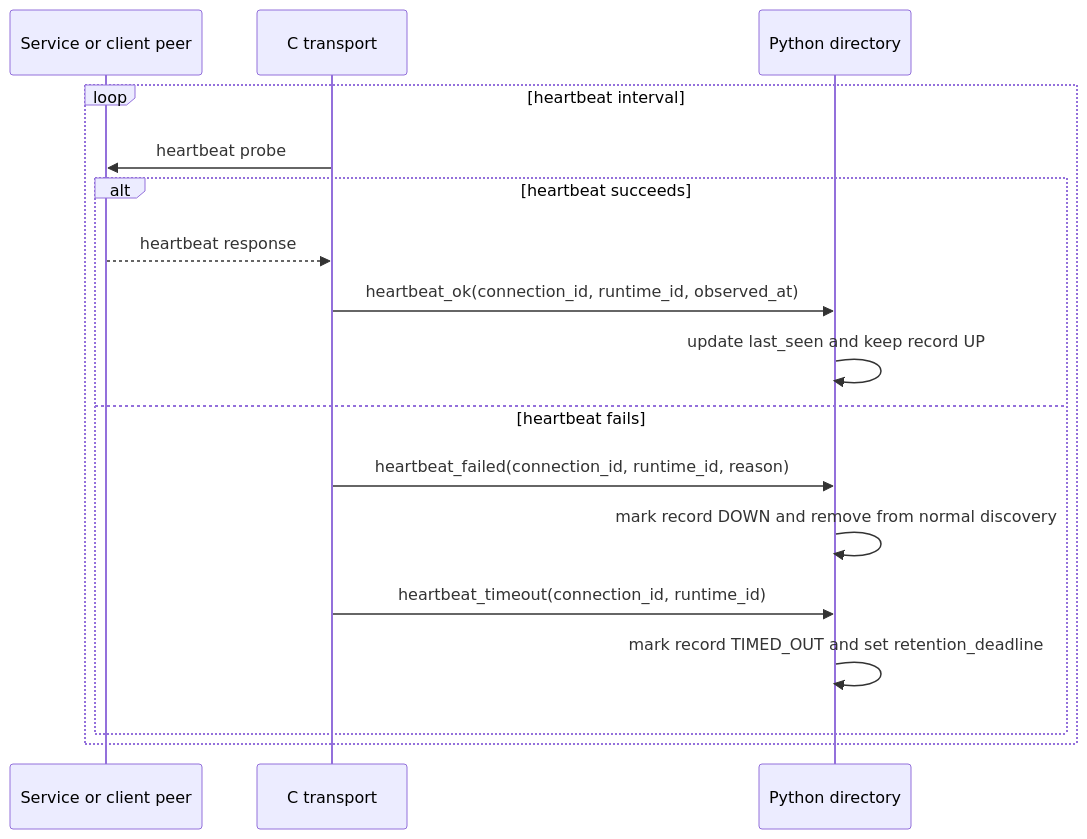
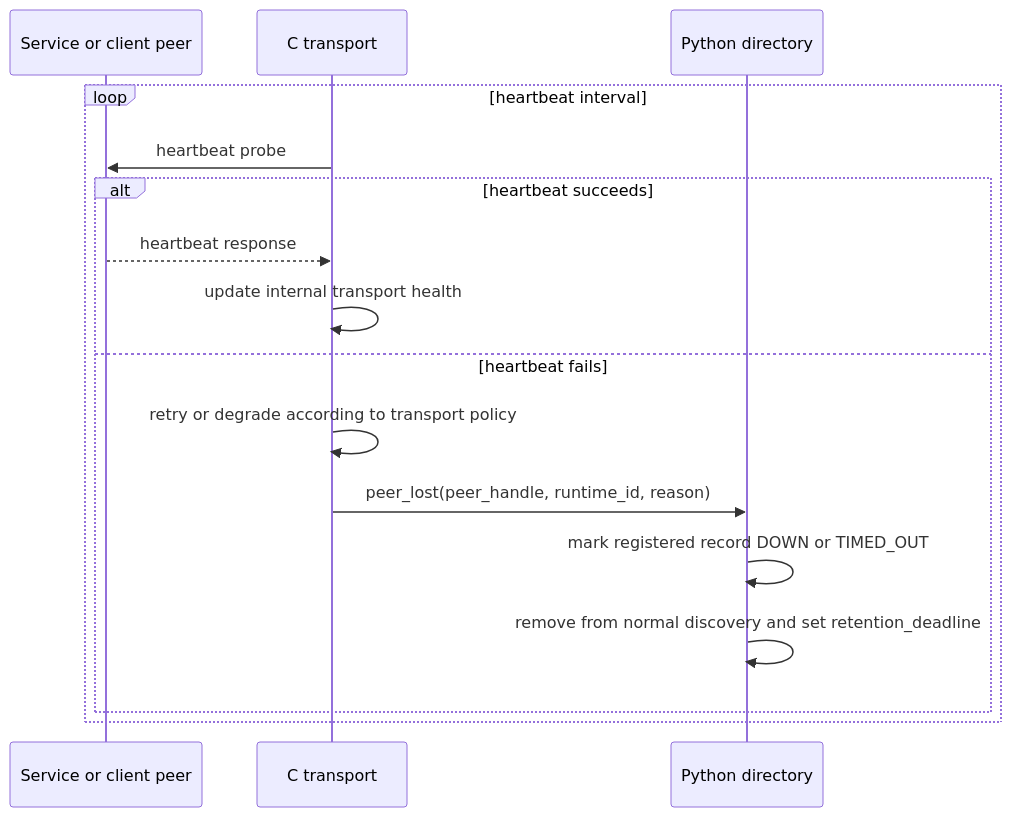
Before and after one commit to openQSE/QFw: the seventh of 8 diagrams in docs/detailed-design.md, drawn with Mermaid. The commit also changed other lines of this file, not shown here.

````diff
--- a/docs/detailed-design.md
+++ b/docs/detailed-design.md
@@ -668,20 +1032,19 @@
 ```mermaid
 sequenceDiagram
     participant Peer as Service or client peer
     participant C as C transport
     participant Dir as Python directory
 
     loop heartbeat interval
         C->>Peer: heartbeat probe
         alt heartbeat succeeds
             Peer-->>C: heartbeat response
-            C->>Dir: heartbeat_ok(connection_id, runtime_id, observed_at)
-            Dir->>Dir: update last_seen and keep record UP
+            C->>C: update internal transport health
         else heartbeat fails
-            C->>Dir: heartbeat_failed(connection_id, runtime_id, reason)
-            Dir->>Dir: mark record DOWN and remove from normal discovery
-            C->>Dir: heartbeat_timeout(connection_id, runtime_id)
-            Dir->>Dir: mark record TIMED_OUT and set retention_deadline
+            C->>C: retry or degrade according to transport policy
+            C->>Dir: peer_lost(peer_handle, runtime_id, reason)
+            Dir->>Dir: mark registered record DOWN or TIMED_OUT
+            Dir->>Dir: remove from normal discovery and set retention_deadline
         end
     end
 ```
````
